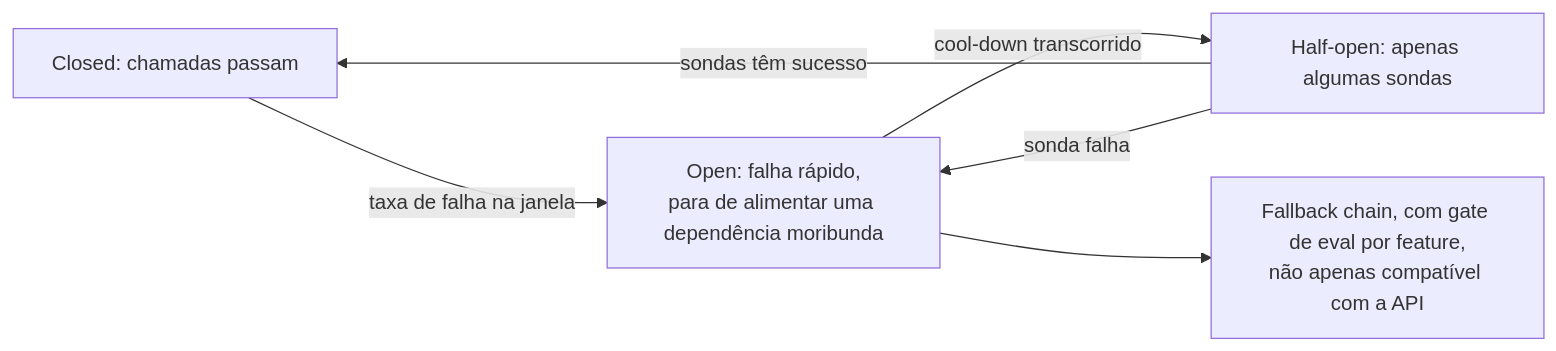
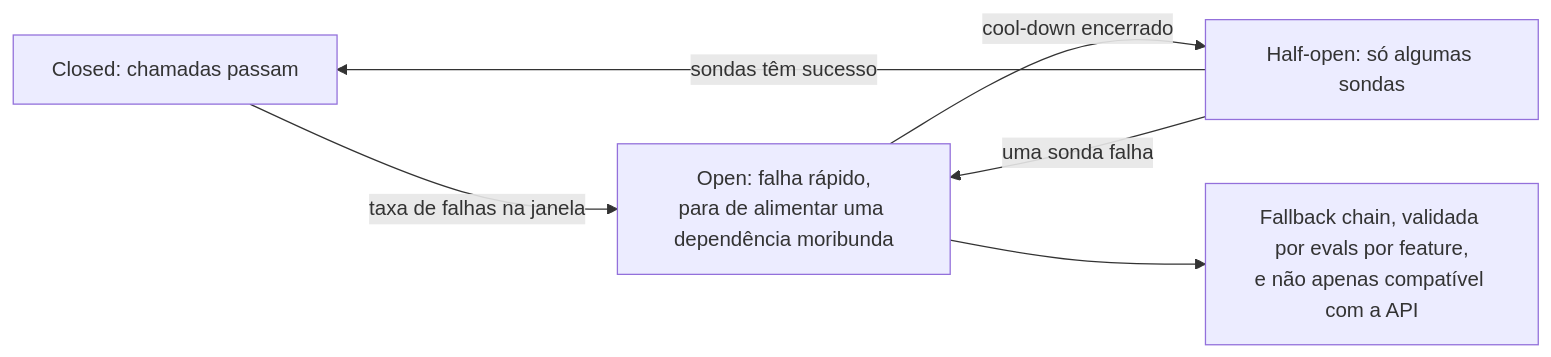
One commit to andrevberaldo/AI-Engineer-Interview-Questions changed diagram 19 of 28 in 08-inference-and-production/questions.pt-BR.md. Above: the diagram before and after it, drawn with Mermaid. The commit also changed other lines of this file and 1 other file, not shown here.

````diff
--- a/08-inference-and-production/questions.pt-BR.md
+++ b/08-inference-and-production/questions.pt-BR.md
@@ -1088,8 +1088,8 @@
 ```mermaid
 flowchart LR
-    C["Closed: chamadas passam"] -->|"taxa de falha na janela"| O["Open: falha rápido,<br/>para de alimentar uma dependência moribunda"]
-    O -->|"cool-down transcorrido"| H["Half-open: apenas algumas sondas"]
+    C["Closed: chamadas passam"] -->|"taxa de falhas na janela"| O["Open: falha rápido,<br/>para de alimentar uma dependência moribunda"]
+    O -->|"cool-down encerrado"| H["Half-open: só algumas sondas"]
     H -->|"sondas têm sucesso"| C
-    H -->|"sonda falha"| O
-    O --> F["Fallback chain, com gate de eval por feature,<br/>não apenas compatível com a API"]
+    H -->|"uma sonda falha"| O
+    O --> F["Fallback chain, validada por evals por feature,<br/>e não apenas compatível com a API"]
 ```
````
